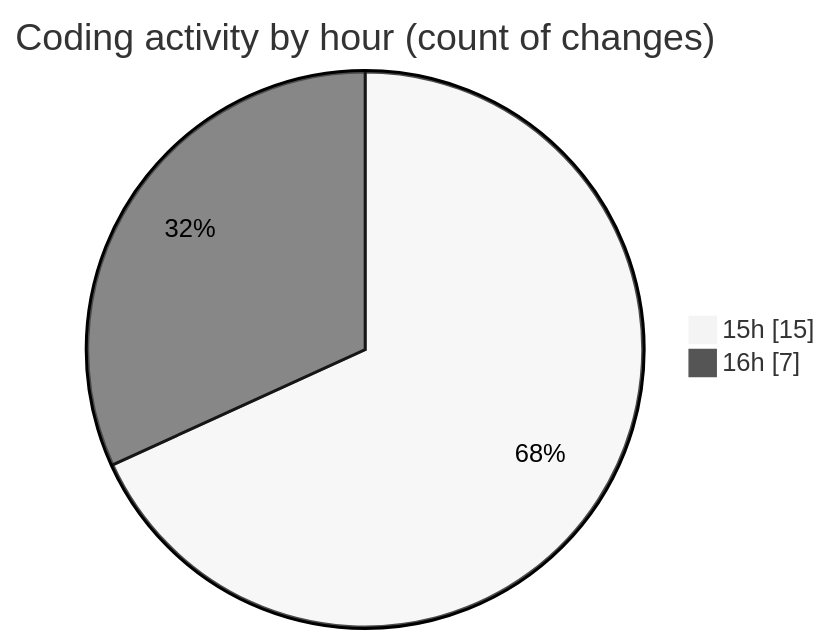
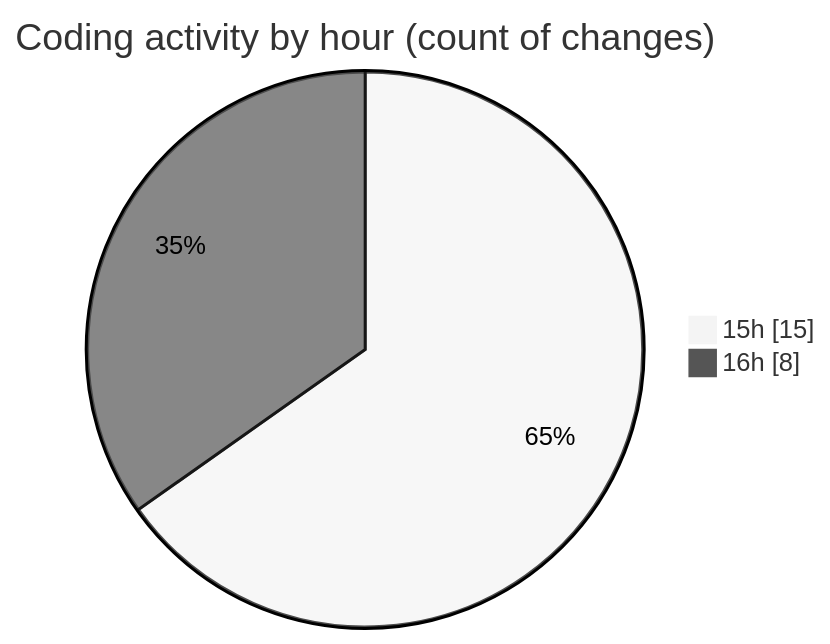
The second of 2 diagrams in 2025-02-25/trackers_app/README.md (donsfak/code-tracking), drawn with Mermaid (neutral theme) before and after one commit. The commit also changed other lines of this file and 1 other file, not shown here.

````diff
--- a/2025-02-25/trackers_app/README.md
+++ b/2025-02-25/trackers_app/README.md
@@ -30,6 +30,6 @@
 ```mermaid
 pie showData
 title Coding activity by hour (count of changes)
 "15h" : 15
-"16h" : 7
+"16h" : 8
 ```
````
